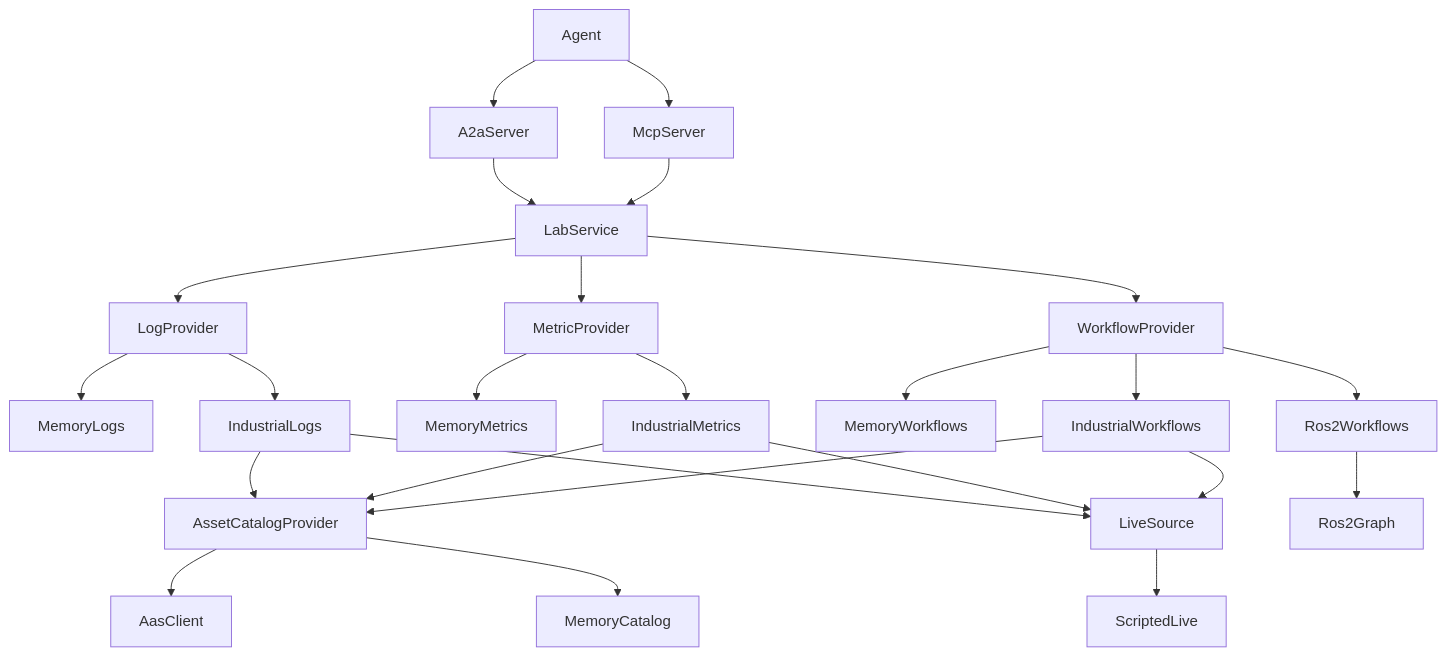
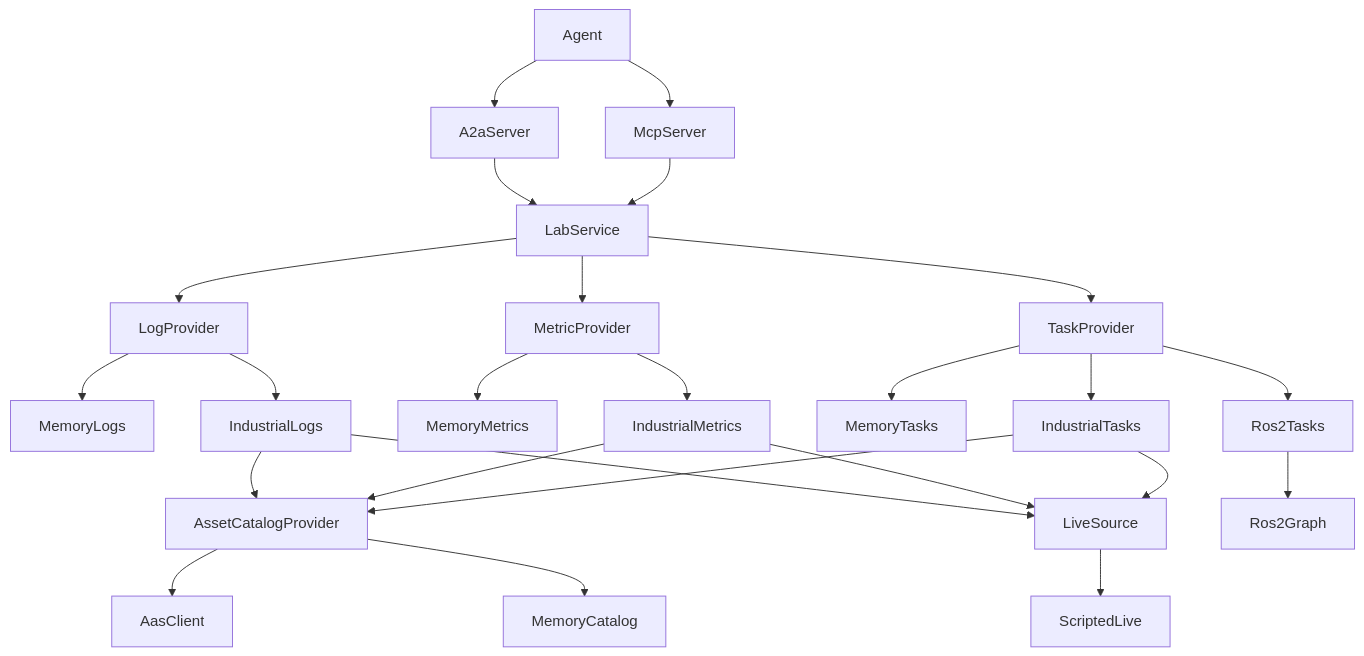
One commit to A3Analytics/a2a-lab-dev-kit-rs changed the diagram in backlog/docs/overview/doc-10 - Lab-SDK-overview.md. Above: the diagram before and after it, drawn with Mermaid. The commit also changed other lines of this file and 50 other files, not shown here.

Commit message:
Refactor a2a-lab-sdk to replace workflows with tasks. Updated documentation and examples to reflect the new task-based architecture, including changes to API methods, data structures, and protocol definitions. Enhanced README and other documentation to clarify the transition from workflows to tasks.

````diff
--- a/backlog/docs/overview/doc-10 - Lab-SDK-overview.md
+++ b/backlog/docs/overview/doc-10 - Lab-SDK-overview.md
@@ -17,27 +17,27 @@
 ```mermaid
 flowchart TD
   agent["Agent"] --> a2a["A2aServer"]
   agent --> mcp["McpServer"]
   a2a --> lab["LabService"]
   mcp --> lab
   lab --> logs["LogProvider"]
   lab --> metrics["MetricProvider"]
-  lab --> workflows["WorkflowProvider"]
+  lab --> tasks["TaskProvider"]
   logs --> memLogs["MemoryLogs"]
   logs --> indLogs["IndustrialLogs"]
   metrics --> memMetrics["MemoryMetrics"]
   metrics --> indMetrics["IndustrialMetrics"]
-  workflows --> memWf["MemoryWorkflows"]
-  workflows --> indWf["IndustrialWorkflows"]
-  workflows --> ros["Ros2Workflows"]
+  tasks --> memWf["MemoryTasks"]
+  tasks --> indWf["IndustrialTasks"]
+  tasks --> ros["Ros2Tasks"]
   indLogs --> catalog["AssetCatalogProvider"]
   indMetrics --> catalog
   indWf --> catalog
   indLogs --> live["LiveSource"]
   indMetrics --> live
   indWf --> live
   catalog --> aasClient["AasClient"]
   catalog --> memCat["MemoryCatalog"]
   live --> scripted["ScriptedLive"]
   ros --> rosGraph["Ros2Graph"]
 ```
````
